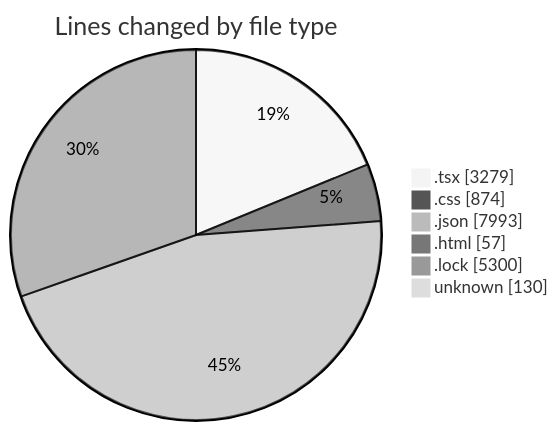
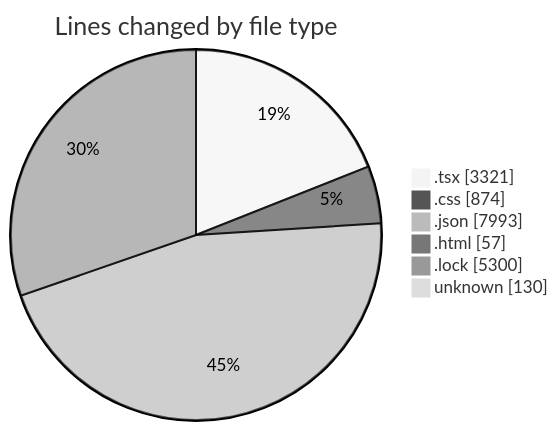
One commit to EIIisD/code-tracking changed the first of 2 diagrams in 2025-08-12/ribbon/README.md. Above: the diagram before and after it, drawn with Mermaid (neutral theme). The commit also changed other lines of this file and 1 other file, not shown here.

````diff
--- a/2025-08-12/ribbon/README.md
+++ b/2025-08-12/ribbon/README.md
@@ -39,10 +40,10 @@
 ```mermaid
 pie showData
 title Lines changed by file type
-".tsx" : 3279
+".tsx" : 3321
 ".css" : 874
 ".json" : 7993
 ".html" : 57
 ".lock" : 5300
 "unknown" : 130
 ```
````
